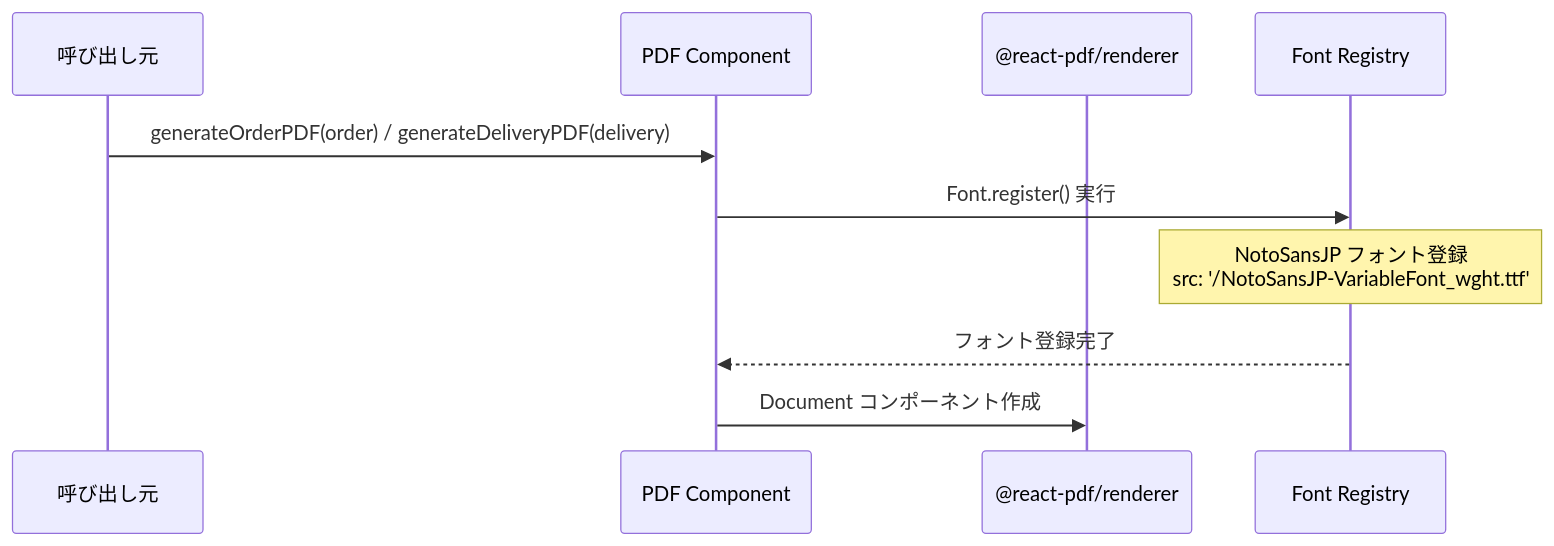
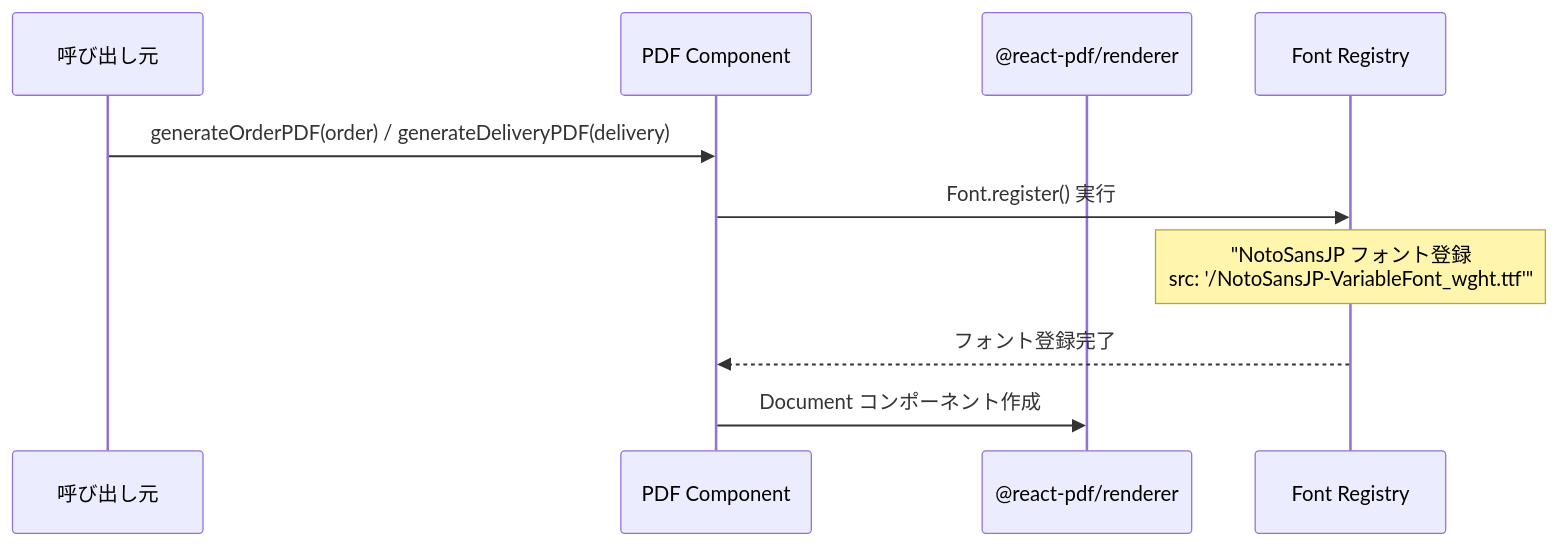
Before and after one commit to wasabi49/ocs-systemDevelopmentExercises: the first of 10 diagrams in document/components/sequence/PDF.md, drawn with Mermaid. The commit also changed other lines of this file and 42 other files, not shown here.

First line of the commit message:
fix: mermaidシーケンス図のNote over文でダブルクォーテーション不足を修正

````diff
--- a/document/components/sequence/PDF.md
+++ b/document/components/sequence/PDF.md
@@ -8,13 +8,13 @@
 ```mermaid
 sequenceDiagram
     participant Component as 呼び出し元
     participant PDFComp as PDF Component
     participant ReactPDF as @react-pdf/renderer
     participant Font as Font Registry
 
     Component->>PDFComp: generateOrderPDF(order) / generateDeliveryPDF(delivery)
     PDFComp->>Font: Font.register() 実行
-    Note over Font: NotoSansJP フォント登録<br/>src: '/NotoSansJP-VariableFont_wght.ttf'
+    Note over Font: "NotoSansJP フォント登録<br/>src: '/NotoSansJP-VariableFont_wght.ttf'"
     Font-->>PDFComp: フォント登録完了
     PDFComp->>ReactPDF: Document コンポーネント作成
 ```
````
